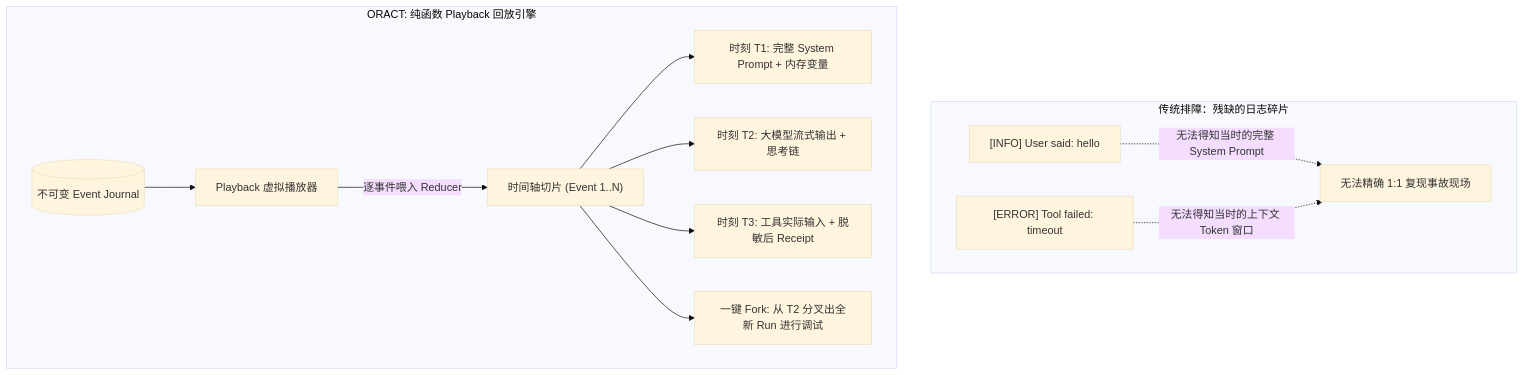
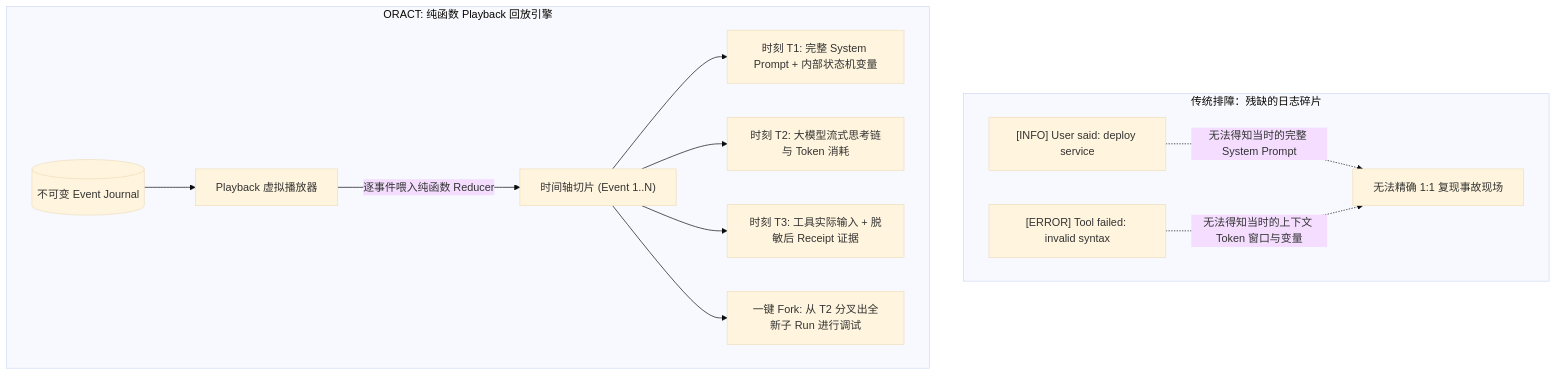
Before and after one commit to MoreConsequence/MoreConsequence.github.io: the first of 2 diagrams in content/posts/oract-04-journal-projection-and-playback.md, drawn with Mermaid (base theme). The commit also changed other lines of this file and 11 other files, not shown here.

````diff
--- a/content/posts/oract-04-journal-projection-and-playback.md
+++ b/content/posts/oract-04-journal-projection-and-playback.md
@@ -19,18 +19,18 @@
 ```mermaid
 flowchart TB
     subgraph Traditional["传统排障：残缺的日志碎片"]
-        Log1["[INFO] User said: hello"]
-        Log2["[ERROR] Tool failed: timeout"]
+        Log1["[INFO] User said: deploy service"]
+        Log2["[ERROR] Tool failed: invalid syntax"]
         Log1 -.->|"无法得知当时的完整 System Prompt"| Lost["无法精确 1:1 复现事故现场"]
-        Log2 -.->|"无法得知当时的上下文 Token 窗口"| Lost
+        Log2 -.->|"无法得知当时的上下文 Token 窗口与变量"| Lost
     end
 
     subgraph ORACTPlayback["ORACT: 纯函数 Playback 回放引擎"]
         EJ[(不可变 Event Journal)] --> Player["Playback 虚拟播放器"]
-        Player -->|"逐事件喂入 Reducer"| Timeline["时间轴切片 (Event 1..N)"]
-        Timeline --> View1["时刻 T1: 完整 System Prompt + 内存变量"]
-        Timeline --> View2["时刻 T2: 大模型流式输出 + 思考链"]
-        Timeline --> View3["时刻 T3: 工具实际输入 + 脱敏后 Receipt"]
-        Timeline --> Fork["一键 Fork: 从 T2 分叉出全新 Run 进行调试"]
+        Player -->|"逐事件喂入纯函数 Reducer"| Timeline["时间轴切片 (Event 1..N)"]
+        Timeline --> View1["时刻 T1: 完整 System Prompt + 内部状态机变量"]
+        Timeline --> View2["时刻 T2: 大模型流式思考链与 Token 消耗"]
+        Timeline --> View3["时刻 T3: 工具实际输入 + 脱敏后 Receipt 证据"]
+        Timeline --> Fork["一键 Fork: 从 T2 分叉出全新子 Run 进行调试"]
     end
 ```
````
